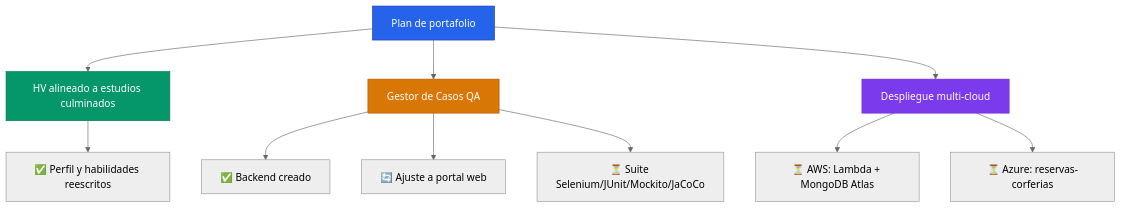
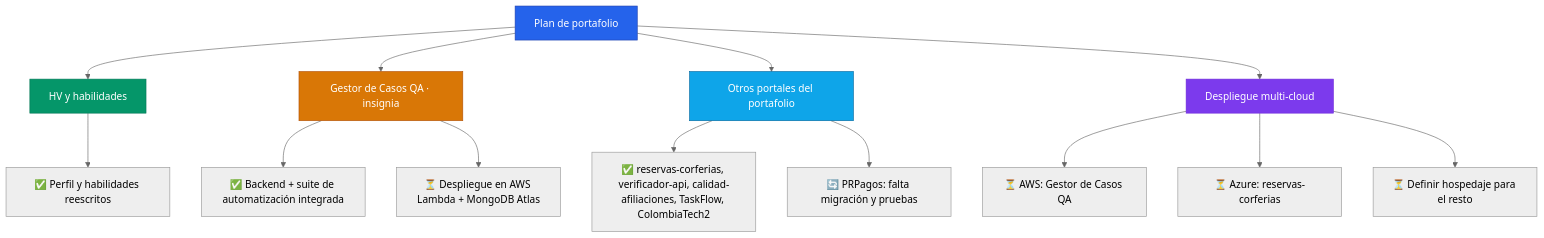
The diagram in README.md (lariasca1994/lariasca1994), drawn with Mermaid (neutral theme) before and after one commit. The commit also changed other lines of this file, not shown here.

````diff
--- a/README.md
+++ b/README.md
@@ -85,20 +87,25 @@
 ```mermaid
 graph TB
-    A[Plan de portafolio] --> B[HV alineado a estudios culminados]
-    A --> C[Gestor de Casos QA]
-    A --> D[Despliegue multi-cloud]
+    A[Plan de portafolio] --> B[HV y habilidades]
+    A --> C[Gestor de Casos QA · insignia]
+    A --> D[Otros portales del portafolio]
+    A --> E[Despliegue multi-cloud]
 
     B --> B1[✅ Perfil y habilidades reescritos]
 
-    C --> C1[✅ Backend creado]
-    C --> C2[🔄 Ajuste a portal web]
-    C --> C3[⏳ Suite Selenium/JUnit/Mockito/JaCoCo]
+    C --> C1[✅ Backend + suite de automatización integrada]
+    C --> C2[⏳ Despliegue en AWS Lambda + MongoDB Atlas]
 
-    D --> D1[⏳ AWS: Lambda + MongoDB Atlas]
-    D --> D2[⏳ Azure: reservas-corferias]
+    D --> D1[✅ reservas-corferias, verificador-api, calidad-afiliaciones, TaskFlow, ColombiaTech2]
+    D --> D2[🔄 PRPagos: falta migración y pruebas]
+
+    E --> E1[⏳ AWS: Gestor de Casos QA]
+    E --> E2[⏳ Azure: reservas-corferias]
+    E --> E3[⏳ Definir hospedaje para el resto]
 
     style A fill:#2563EB,stroke:#1E40AF,color:#fff
     style B fill:#059669,stroke:#047857,color:#fff
     style C fill:#D97706,stroke:#B45309,color:#fff
-    style D fill:#7C3AED,stroke:#6D28D9,color:#fff
+    style D fill:#0EA5E9,stroke:#0369A1,color:#fff
+    style E fill:#7C3AED,stroke:#6D28D9,color:#fff
 ```
````
